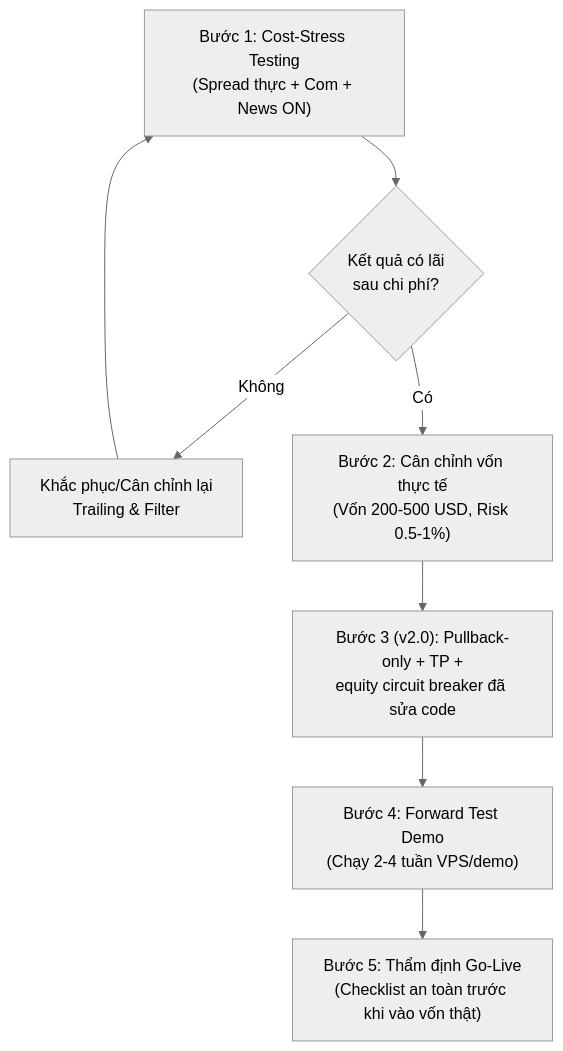
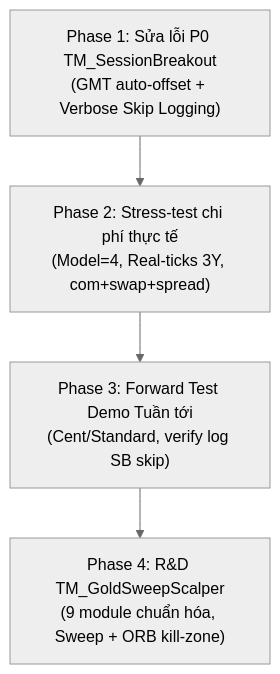
Before and after one commit to tuanmjnh/TM-EA: the diagram in docs/MASTER.md, drawn with Mermaid (neutral theme). The commit also changed other lines of this file and 22 other files, not shown here.

````diff
--- a/docs/MASTER.md
+++ b/docs/MASTER.md
@@ -223,10 +227,6 @@
 ```mermaid
 flowchart TD
-    S1["Bước 1: Cost-Stress Testing<br>(Spread thực + Com + News ON)"] --> S2{"Kết quả có lãi<br>sau chi phí?"}
-    S2 -- "Không" --> S1_Fix["Khắc phục/Cân chỉnh lại<br>Trailing & Filter"]
-    S1_Fix --> S1
-    S2 -- "Có" --> S3["Bước 2: Cân chỉnh vốn thực tế<br>(Vốn 200-500 USD, Risk 0.5-1%)"]
-    S3 --> S4["Bước 3 (v2.0): Pullback-only + TP +<br>equity circuit breaker đã sửa code"]
-    S4 --> S5["Bước 4: Forward Test Demo<br>(Chạy 2-4 tuần VPS/demo)"]
-    S5 --> S6["Bước 5: Thẩm định Go-Live<br>(Checklist an toàn trước khi vào vốn thật)"]
+    P1["Phase 1: Sửa lỗi P0 TM_SessionBreakout<br>(GMT auto-offset + Verbose Skip Logging)"] --> P2["Phase 2: Stress-test chi phí thực tế<br>(Model=4, Real-ticks 3Y, com+swap+spread)"]
+    P2 --> P3["Phase 3: Forward Test Demo Tuần tới<br>(Cent/Standard, verify log SB skip)"]
+    P3 --> P4["Phase 4: R&D TM_GoldSweepScalper<br>(9 module chuẩn hóa, Sweep + ORB kill-zone)"]
 ```
````
